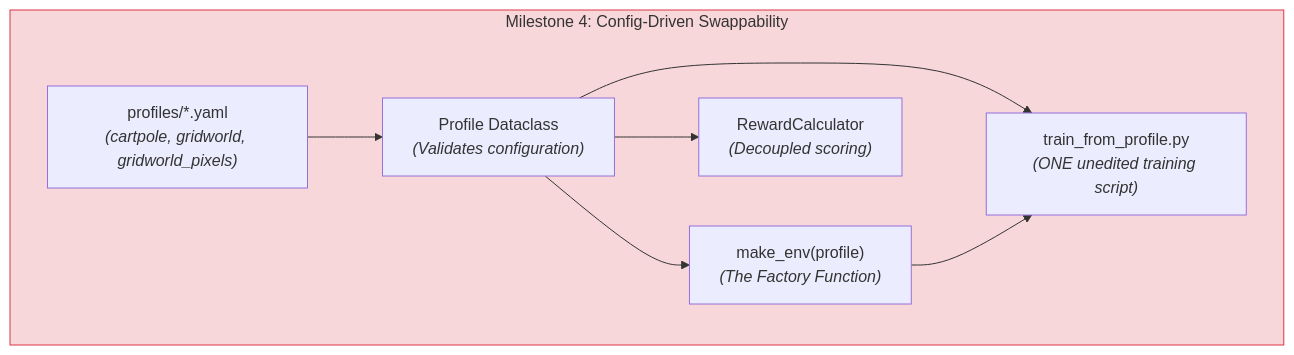
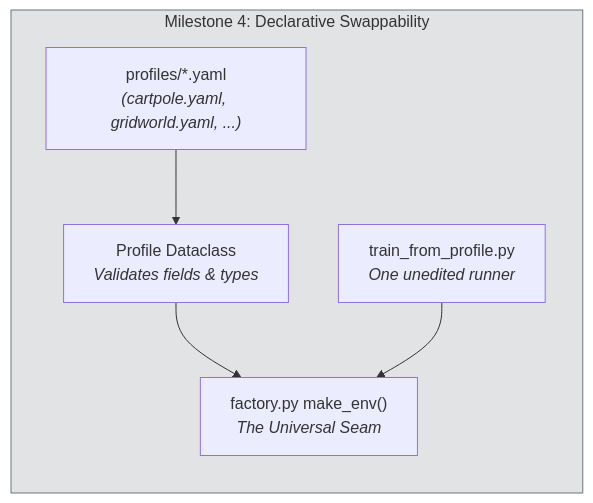
Before and after one commit to Showerss/GameTrainer: the sixth of 7 diagrams in docs/MASTER_GUIDE.md, drawn with Mermaid. The commit also changed other lines of this file and 5 other files, not shown here.

````diff
--- a/docs/MASTER_GUIDE.md
+++ b/docs/MASTER_GUIDE.md
@@ -511,17 +570,15 @@
 ```mermaid
-flowchart TD
-    subgraph M4_PIECES["Milestone 4: Config-Driven Swappability"]
-        YAML["profiles/*.yaml<br/><i>(cartpole, gridworld, gridworld_pixels)</i>"]
-        PROF["Profile Dataclass<br/><i>(Validates configuration)</i>"]
-        FACT["make_env(profile)<br/><i>(The Factory Function)</i>"]
-        RC["RewardCalculator<br/><i>(Decoupled scoring)</i>"]
-        RUNNER["train_from_profile.py<br/><i>(ONE unedited training script)</i>"]
+flowchart LR
+    subgraph M4_PIECES["Milestone 4: Declarative Swappability"]
+        direction TB
+        YAML["profiles/*.yaml<br/><i>(cartpole.yaml, gridworld.yaml, ...)</i>"]
+        PROF["Profile Dataclass<br/><i>Validates fields & types</i>"]
+        FACT["factory.py make_env()<br/><i>The Universal Seam</i>"]
+        RUNNER["train_from_profile.py<br/><i>One unedited runner</i>"]
         
         YAML --> PROF --> FACT
-        PROF --> RC
-        PROF --> RUNNER
-        FACT --> RUNNER
+        RUNNER --> FACT
     end
 
-    style M4_PIECES fill:#f8d7da,stroke:#dc3545
+    style M4_PIECES fill:#e2e3e5,stroke:#6c757d
 ```
````
